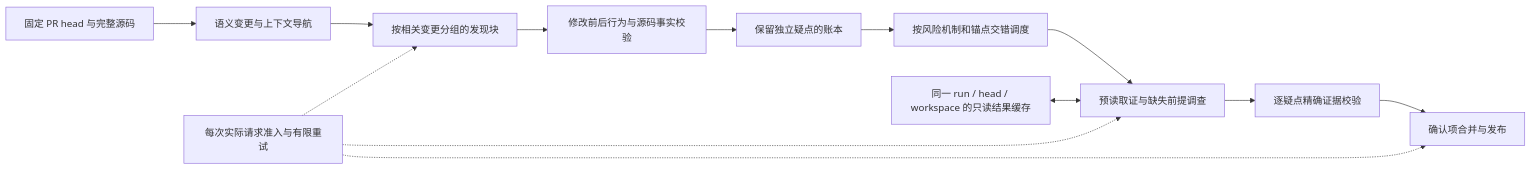
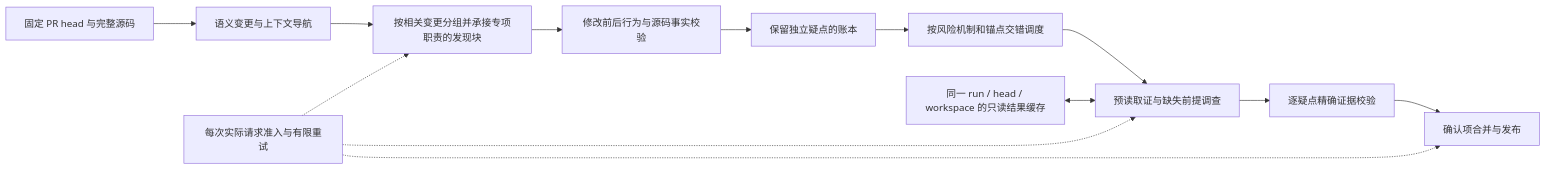
One commit to Wayne0607/ReviewForge changed the diagram in docs/hypothesis-pipeline-spec.md. Above: the diagram before and after it, drawn with Mermaid. The commit also changed other lines of this file and 14 other files, not shown here.

````diff
--- a/docs/hypothesis-pipeline-spec.md
+++ b/docs/hypothesis-pipeline-spec.md
@@ -14,15 +14,15 @@
 ```mermaid
 flowchart LR
     A[固定 PR head 与完整源码] --> B[语义变更与上下文导航]
-    B --> C[按相关变更分组的发现块]
+    B --> C[按相关变更分组并承接专项职责的发现块]
     C --> D[修改前后行为与源码事实校验]
     D --> E[保留独立疑点的账本]
     E --> F[按风险机制和锚点交错调度]
     F --> G[预读取证与缺失前提调查]
     H[同一 run / head / workspace 的只读结果缓存] <--> G
     G --> I[逐疑点精确证据校验]
     I --> J[确认项合并与发布]
     K[每次实际请求准入与有限重试] -.-> C
     K -.-> G
     K -.-> J
 ```
````
